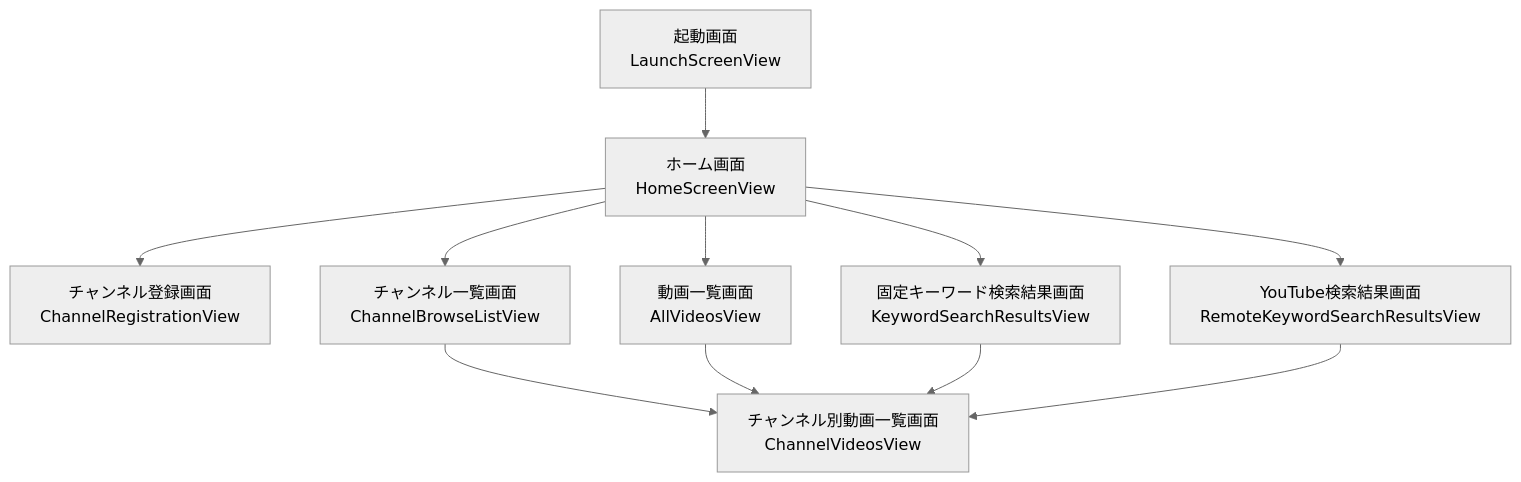
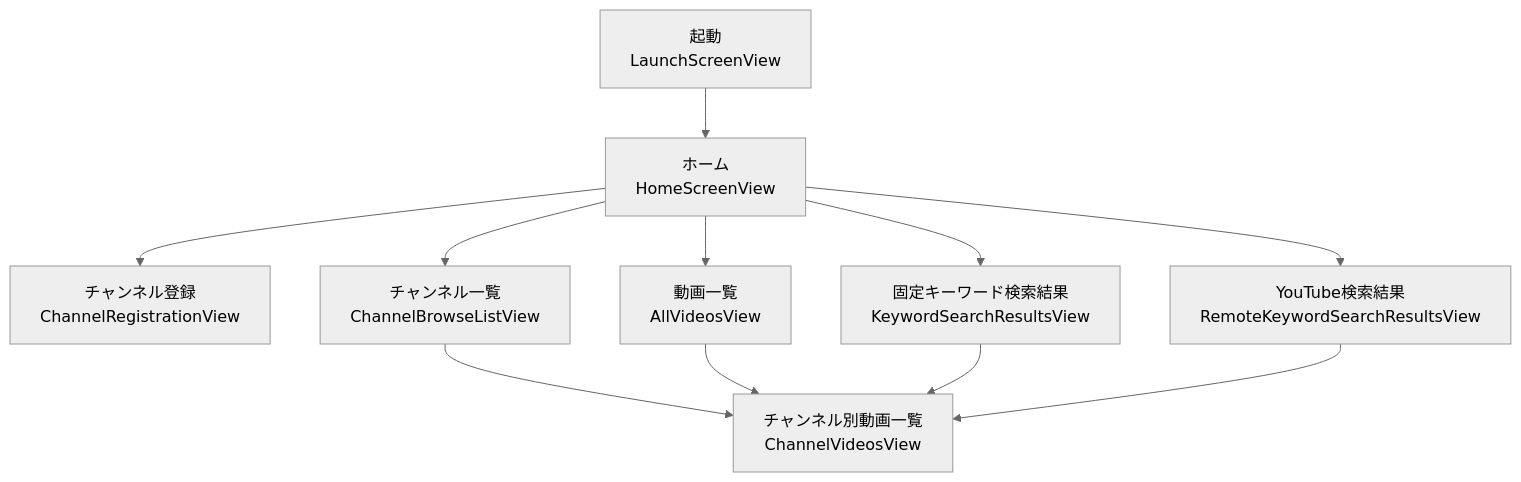
One commit to horikuma/YoutubeFeeder changed the diagram in docs/human-view/gui-reference.md. Above: the diagram before and after it, drawn with Mermaid (neutral theme). The commit also changed 8 other files, not shown here.

````diff
--- a/docs/human-view/gui-reference.md
+++ b/docs/human-view/gui-reference.md
@@ -7,13 +7,13 @@
 ```mermaid
 flowchart TD
-    A["起動画面\nLaunchScreenView"] --> B["ホーム画面\nHomeScreenView"]
-    B --> C["チャンネル登録画面\nChannelRegistrationView"]
-    B --> D["チャンネル一覧画面\nChannelBrowseListView"]
-    B --> E["動画一覧画面\nAllVideosView"]
-    B --> F["固定キーワード検索結果画面\nKeywordSearchResultsView"]
-    B --> G["YouTube検索結果画面\nRemoteKeywordSearchResultsView"]
-    D --> H["チャンネル別動画一覧画面\nChannelVideosView"]
+    A["起動\nLaunchScreenView"] --> B["ホーム\nHomeScreenView"]
+    B --> C["チャンネル登録\nChannelRegistrationView"]
+    B --> D["チャンネル一覧\nChannelBrowseListView"]
+    B --> E["動画一覧\nAllVideosView"]
+    B --> F["固定キーワード検索結果\nKeywordSearchResultsView"]
+    B --> G["YouTube検索結果\nRemoteKeywordSearchResultsView"]
+    D --> H["チャンネル別動画一覧\nChannelVideosView"]
     E --> H
     F --> H
     G --> H
 ```
````
